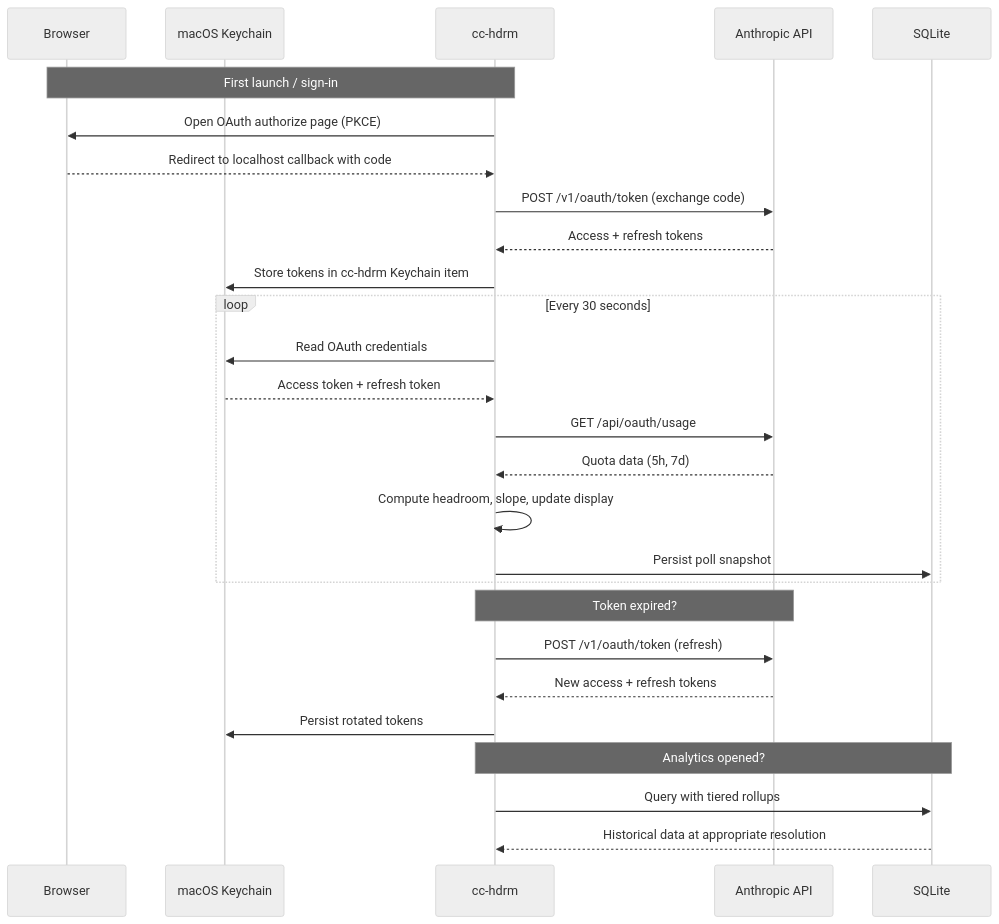
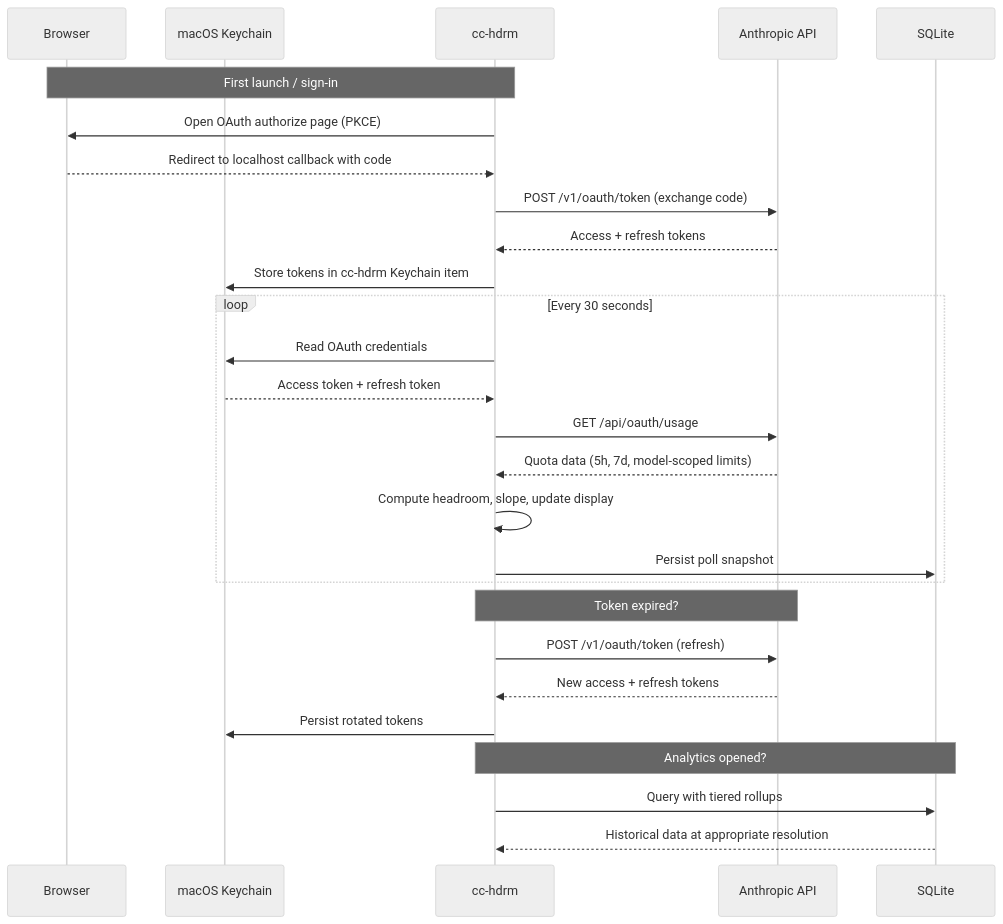
One commit to rajish/cc-hdrm changed the diagram in README.md. Above: the diagram before and after it, drawn with Mermaid (neutral theme). The commit also changed other lines of this file and 4 other files, not shown here.

````diff
--- a/README.md
+++ b/README.md
@@ -85,31 +88,31 @@
 ```mermaid
 sequenceDiagram
     participant B as Browser
     participant K as macOS Keychain
     participant A as cc-hdrm
     participant API as Anthropic API
     participant DB as SQLite
 
     Note over B,A: First launch / sign-in
     A->>B: Open OAuth authorize page (PKCE)
     B-->>A: Redirect to localhost callback with code
     A->>API: POST /v1/oauth/token (exchange code)
     API-->>A: Access + refresh tokens
     A->>K: Store tokens in cc-hdrm Keychain item
 
     loop Every 30 seconds
         A->>K: Read OAuth credentials
         K-->>A: Access token + refresh token
         A->>API: GET /api/oauth/usage
-        API-->>A: Quota data (5h, 7d)
+        API-->>A: Quota data (5h, 7d, model-scoped limits)
         A->>A: Compute headroom, slope, update display
         A->>DB: Persist poll snapshot
     end
     Note over A,API: Token expired?
     A->>API: POST /v1/oauth/token (refresh)
     API-->>A: New access + refresh tokens
     A->>K: Persist rotated tokens
     Note over A,DB: Analytics opened?
     A->>DB: Query with tiered rollups
     DB-->>A: Historical data at appropriate resolution
 ```
````
